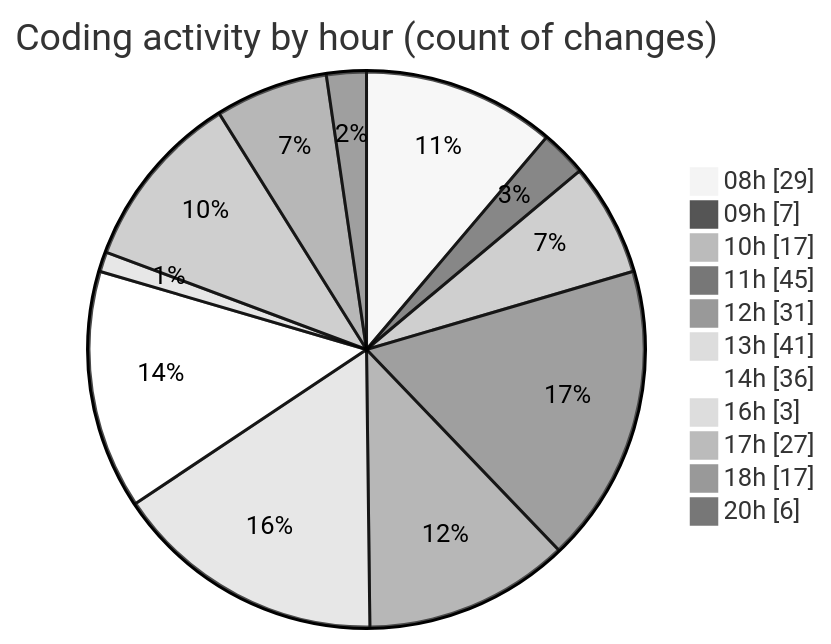
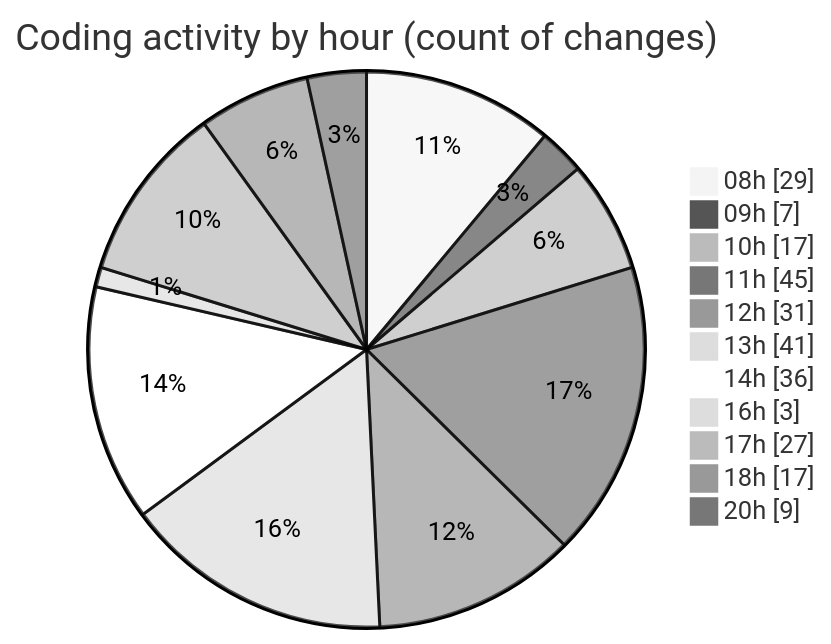
The second of 2 diagrams in 2025-04-09/cda/README.md (momahboobian/code-tracking), drawn with Mermaid (neutral theme) before and after one commit. The commit also changed other lines of this file and 1 other file, not shown here.

````diff
--- a/2025-04-09/cda/README.md
+++ b/2025-04-09/cda/README.md
@@ -62,15 +63,15 @@
 ```mermaid
 pie showData
 title Coding activity by hour (count of changes)
 "08h" : 29
 "09h" : 7
 "10h" : 17
 "11h" : 45
 "12h" : 31
 "13h" : 41
 "14h" : 36
 "16h" : 3
 "17h" : 27
 "18h" : 17
-"20h" : 6
+"20h" : 9
 ```
````
